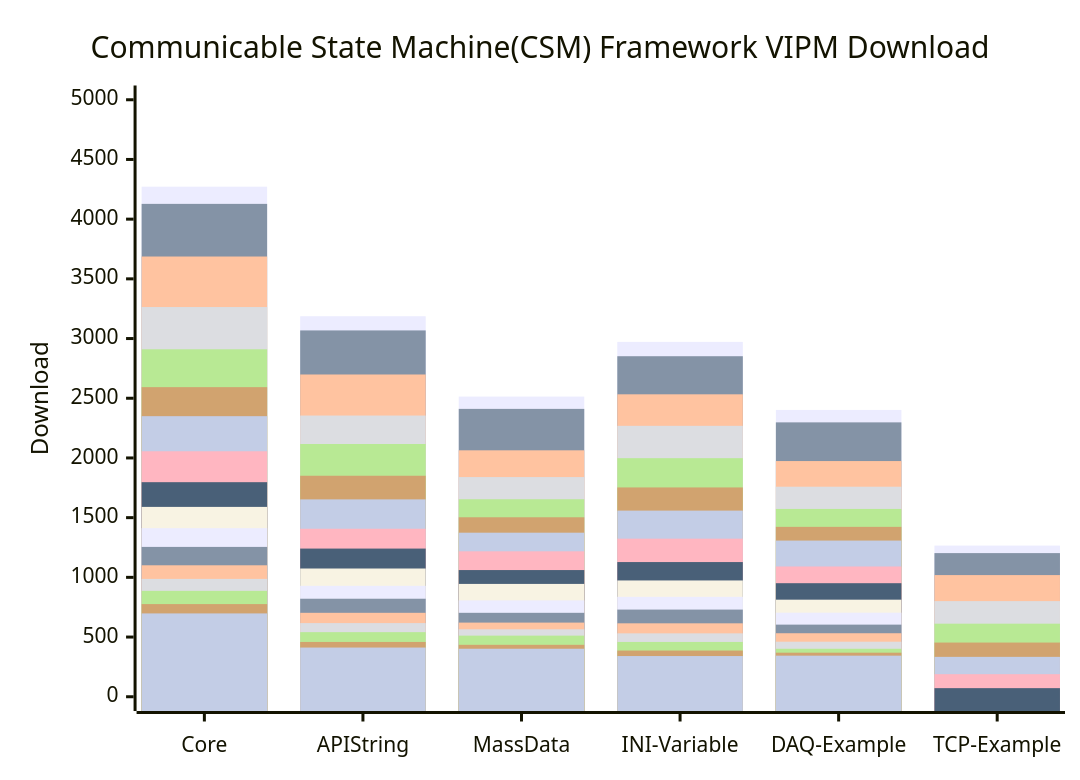
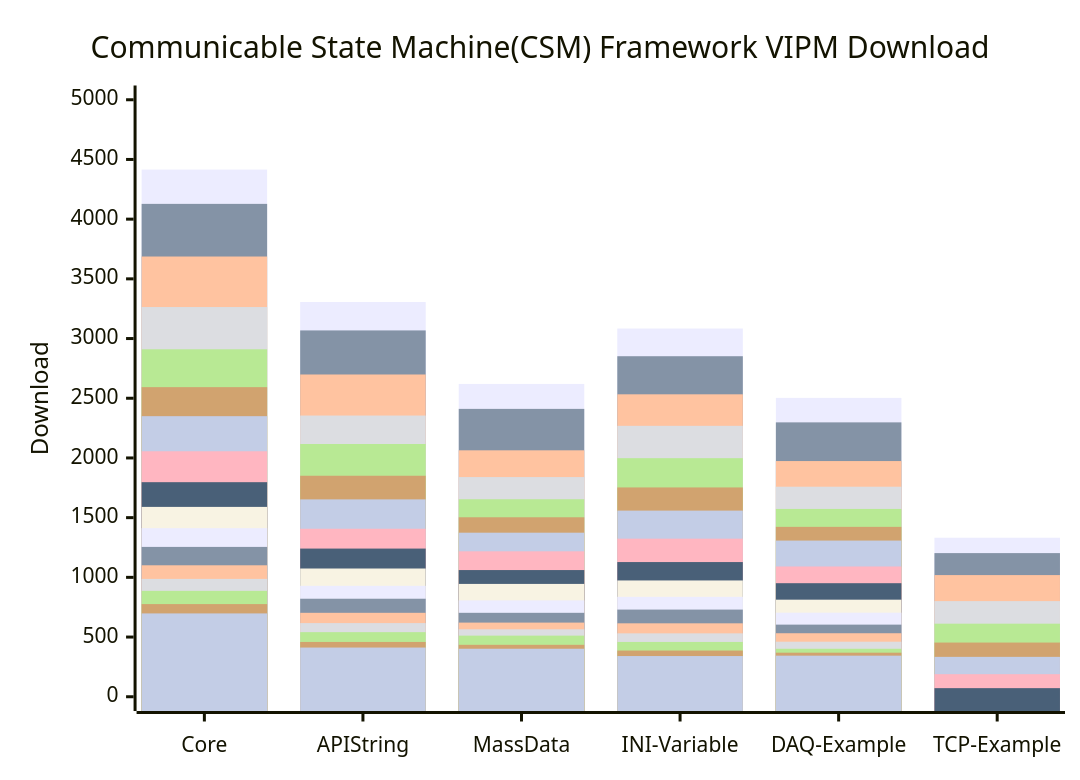
One commit to NEVSTOP-LAB/.github changed the diagram in profile/README.md. Above: the diagram before and after it, drawn with Mermaid.

````diff
--- a/profile/README.md
+++ b/profile/README.md
@@ -31,23 +31,23 @@
 ```mermaid
     xychart-beta
     title "Communicable State Machine(CSM) Framework VIPM Download"
     x-axis [Core, API String, MassData, INI-Variable, DAQ-Example, TCP-Example]
     y-axis "Download" 0 --> 5000
-    bar   [4272, 3187, 2514, 2972, 2402, 1266]
+    bar   [4415, 3306, 2620, 3084, 2503, 1332]
     bar   [4128, 3068, 2411, 2852, 2298, 1203]
     bar   [3687, 2699, 2064, 2533, 1974, 1019]
     bar   [3264, 2355, 1840, 2269, 1759, 801]
     bar   [2910, 2117, 1654, 1998, 1573, 612]
     bar   [2593, 1851, 1503, 1753, 1423, 454]
     bar   [2350, 1653, 1374, 1559, 1308, 334]
     bar   [2056, 1407, 1218, 1324, 1091, 189]
     bar   [1797, 1241, 1061, 1128, 951, 72]
     bar   [1590, 1074, 945, 974, 813]
     bar   [1412, 929, 807, 837, 704]
     bar   [1255, 821, 703, 730, 604]
     bar   [1101, 703, 621, 615, 532]
     bar   [987, 617, 565, 531, 461]
     bar   [887, 541, 512, 459, 402]
     bar   [776, 459, 435, 387, 369]
     bar   [698, 412, 402, 341, 344]
 ```
````
